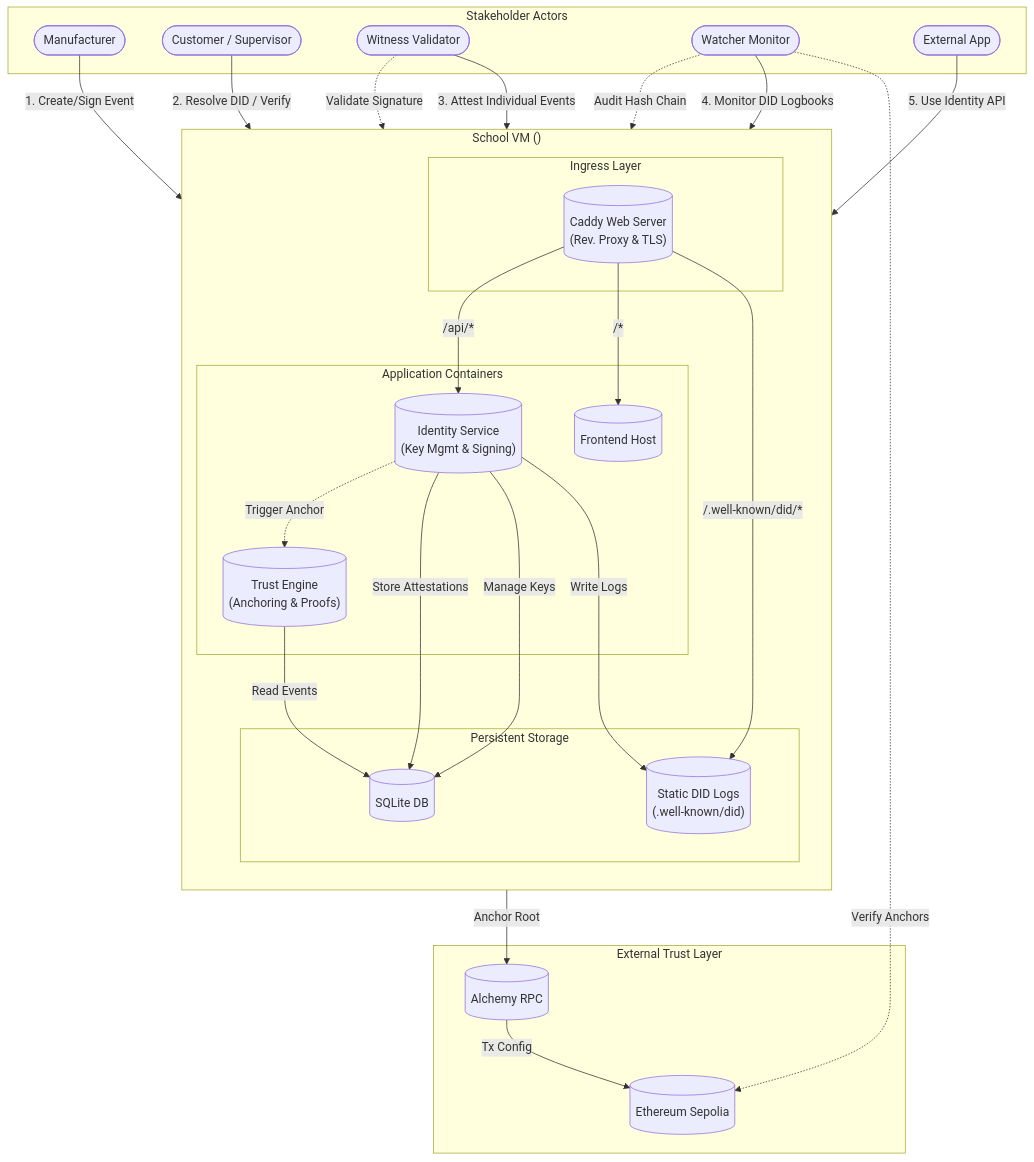
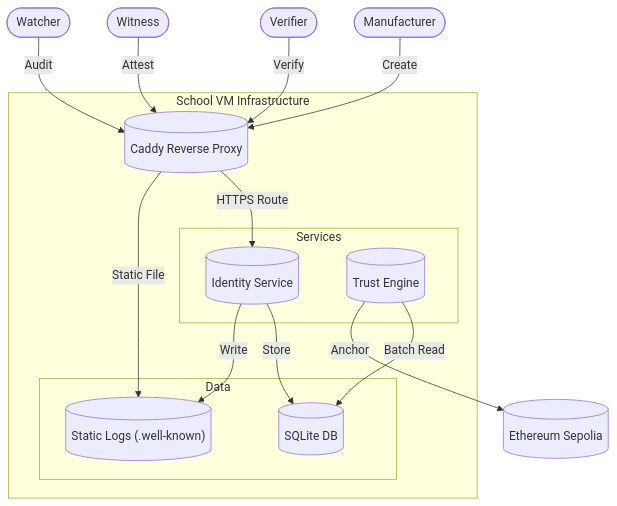
One commit to Thijmeeee/Enabling-trust-with-DLT-technologies changed the first of 3 diagrams in production/PRODUCTION_PLAN.md. Above: the diagram before and after it, drawn with Mermaid. The commit also changed other lines of this file and 1 other file, not shown here.

````diff
--- a/production/PRODUCTION_PLAN.md
+++ b/production/PRODUCTION_PLAN.md
@@ -32,61 +32,41 @@
 ```mermaid
 graph TD
-    %% --- User Layer ---
-    subgraph Users ["Stakeholder Actors"]
-        Manufacturer([Manufacturer])
-        Verifier([Customer / Supervisor])
-        Witness([Witness Validator])
-        Watcher([Watcher Monitor])
-        ExtApp([External App])
-    end
+    %% Stakeholders
+    Man([Manufacturer])
+    Ver([Verifier])
+    Wit([Witness])
+    Wat([Watcher])
 
-    %% --- School VM (Docker Host) ---
-    subgraph VM ["School VM (<VM_IP>)"]
-        direction TB
+    %% Infrastructure
+    subgraph VM ["School VM Infrastructure"]
+        Caddy[("Caddy Reverse Proxy")]
         
-        subgraph Proxy ["Ingress Layer"]
-            Caddy[("Caddy Web Server<br/>(Rev. Proxy & TLS)")]
+        subgraph Services
+            Identity[("Identity Service")]
+            Trust[("Trust Engine")]
         end
         
-        subgraph Containers ["Application Containers"]
-            IdentityService[("Identity Service<br/>(Key Mgmt & Signing)")]
-            TrustEngine[("Trust Engine<br/>(Anchoring & Proofs)")]
-            Frontend[("Frontend Host")]
-        end
-        
-        subgraph Storage ["Persistent Storage"]
-            SQLite[("SQLite DB")]
-            Disk[("Static DID Logs<br/>(.well-known/did)")]
+        subgraph Data
+            DB[(SQLite DB)]
+            Logs[("Static Logs (.well-known)")]
         end
     end
 
-    %% --- External ---
-    subgraph External ["External Trust Layer"]
-        Alchemy[("Alchemy RPC")]
-        Sepolia[("Ethereum Sepolia")]
-    end
+    %% External
+    Sepolia[("Ethereum Sepolia")]
 
-    %% --- Relations ---
-    Manufacturer -->|1. Create/Sign Event| Caddy
-    Verifier -->|2. Resolve DID / Verify| Caddy
-    Witness -->|3. Attest Individual Events| Caddy
-    Watcher -->|4. Monitor DID Logbooks| Caddy
-    ExtApp -->|5. Use Identity API| Caddy
+    %% Flows
+    Man -->|Create| Caddy
+    Ver -->|Verify| Caddy
+    Wit -->|Attest| Caddy
+    Wat -->|Audit| Caddy
 
-    Caddy -->|/api/*| IdentityService
-    Caddy -->|/.well-known/did/*| Disk
-    Caddy -->|/*| Frontend
+    Caddy -->|HTTPS Route| Identity
+    Caddy -->|Static File| Logs
 
-    IdentityService -->|Manage Keys| SQLite
-    IdentityService -->|Write Logs| Disk
-    IdentityService -->|Store Attestations| SQLite
+    Identity -->|Store| DB
+    Identity -->|Write| Logs
     
-    IdentityService -.->|Trigger Anchor| TrustEngine
-    TrustEngine -->|Read Events| SQLite
-    TrustEngine -->|Anchor Root| Alchemy
-    Alchemy -->|Tx Config| Sepolia
-    
-    Witness -.->|Validate Signature| Disk
-    Watcher -.->|Audit Hash Chain| Disk
-    Watcher -.->|Verify Anchors| Sepolia
+    Trust -->|Batch Read| DB
+    Trust -->|Anchor| Sepolia
 ```
````
